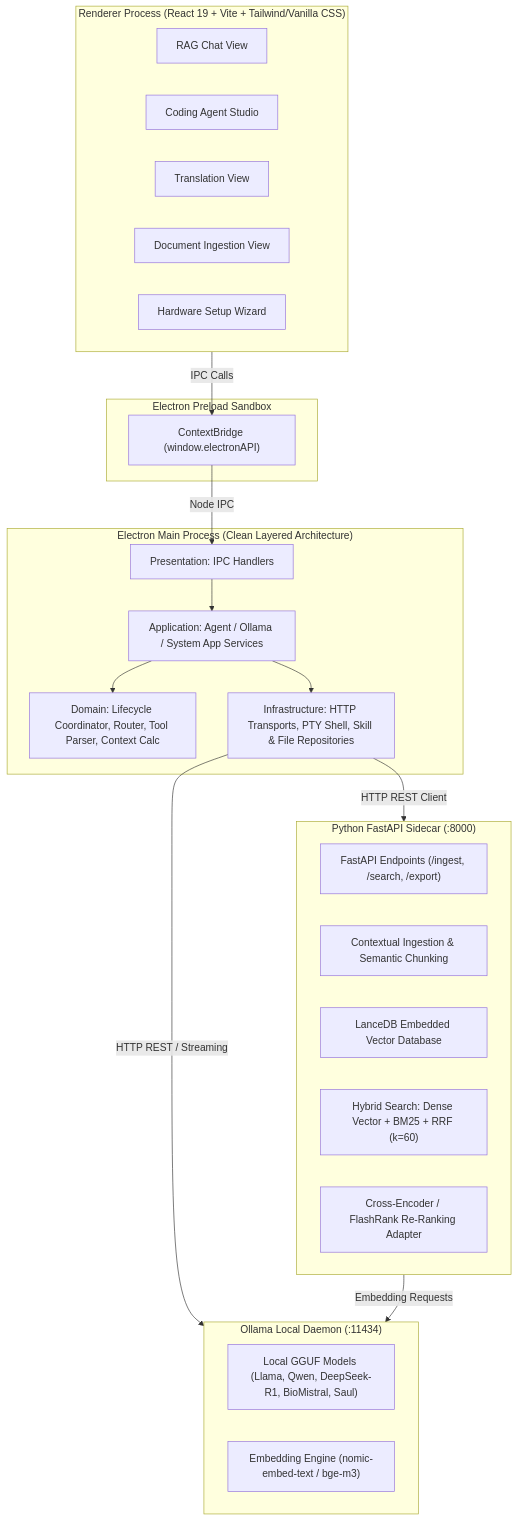
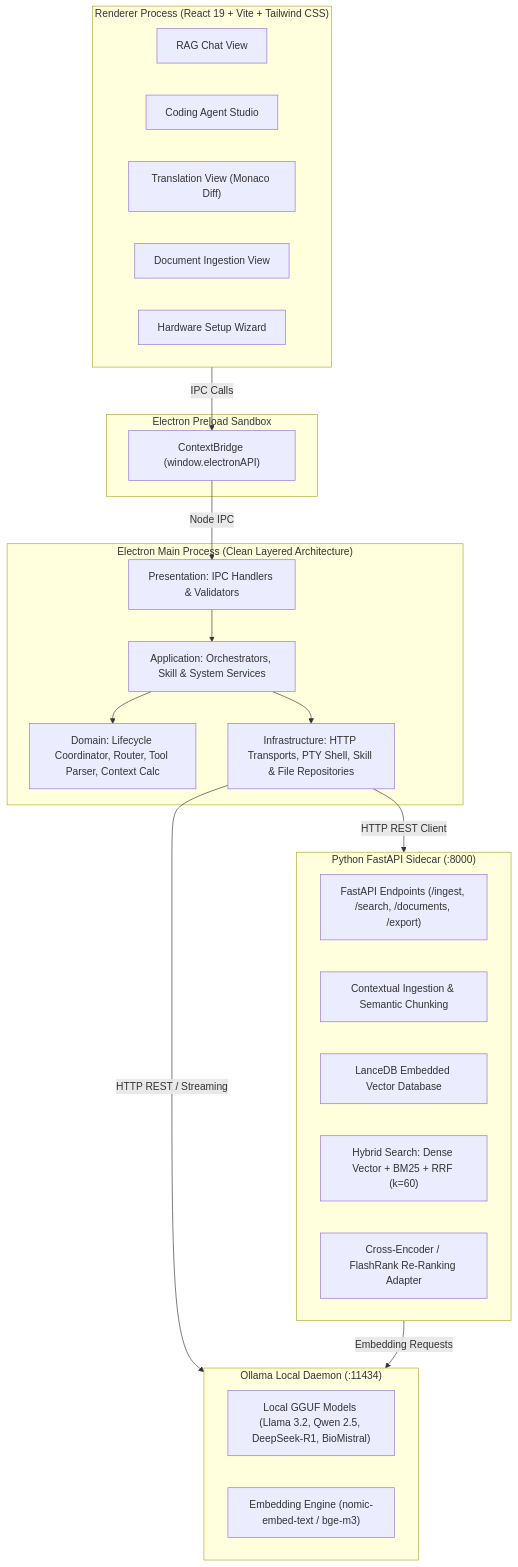
Before and after one commit to dennidalpos/OnlyRagV2: the first of 3 diagrams in docs/architecture.md, drawn with Mermaid. The commit also changed other lines of this file and 66 other files, not shown here.

````diff
--- a/docs/architecture.md
+++ b/docs/architecture.md
@@ -9,43 +9,43 @@
 ```mermaid
 flowchart TD
-    subgraph UI["Renderer Process (React 19 + Vite + Tailwind/Vanilla CSS)"]
+    subgraph UI["Renderer Process (React 19 + Vite + Tailwind CSS)"]
         UI_Chat["RAG Chat View"]
         UI_Studio["Coding Agent Studio"]
-        UI_Trans["Translation View"]
+        UI_Trans["Translation View (Monaco Diff)"]
         UI_Doc["Document Ingestion View"]
         UI_Wiz["Hardware Setup Wizard"]
     end
 
     subgraph Preload["Electron Preload Sandbox"]
         Bridge["ContextBridge (window.electronAPI)"]
     end
 
     subgraph Main["Electron Main Process (Clean Layered Architecture)"]
-        IPC["Presentation: IPC Handlers"]
-        AppSvc["Application: Agent / Ollama / System App Services"]
+        IPC["Presentation: IPC Handlers & Validators"]
+        AppSvc["Application: Orchestrators, Skill & System Services"]
         Domain["Domain: Lifecycle Coordinator, Router, Tool Parser, Context Calc"]
         Infra["Infrastructure: HTTP Transports, PTY Shell, Skill & File Repositories"]
     end
 
     subgraph Sidecar["Python FastAPI Sidecar (:8000)"]
-        API_Route["FastAPI Endpoints (/ingest, /search, /export)"]
+        API_Route["FastAPI Endpoints (/ingest, /search, /documents, /export)"]
         IngestEngine["Contextual Ingestion & Semantic Chunking"]
         LanceStore["LanceDB Embedded Vector Database"]
         HybridEngine["Hybrid Search: Dense Vector + BM25 + RRF (k=60)"]
         ReRanker["Cross-Encoder / FlashRank Re-Ranking Adapter"]
     end
 
     subgraph OllamaRuntime["Ollama Local Daemon (:11434)"]
-        LocalLLM["Local GGUF Models (Llama, Qwen, DeepSeek-R1, BioMistral, Saul)"]
+        LocalLLM["Local GGUF Models (Llama 3.2, Qwen 2.5, DeepSeek-R1, BioMistral)"]
         Embedder["Embedding Engine (nomic-embed-text / bge-m3)"]
     end
 
     UI -->|IPC Calls| Bridge
     Bridge -->|Node IPC| IPC
     IPC --> AppSvc
     AppSvc --> Domain
     AppSvc --> Infra
     Infra -->|HTTP REST / Streaming| OllamaRuntime
     Infra -->|HTTP REST Client| Sidecar
     Sidecar -->|Embedding Requests| OllamaRuntime
 ```
````
